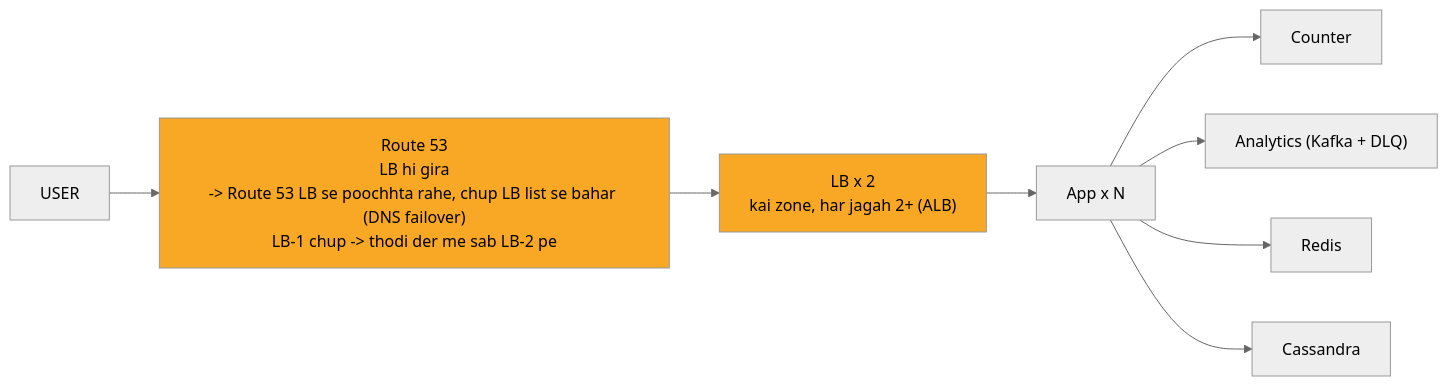
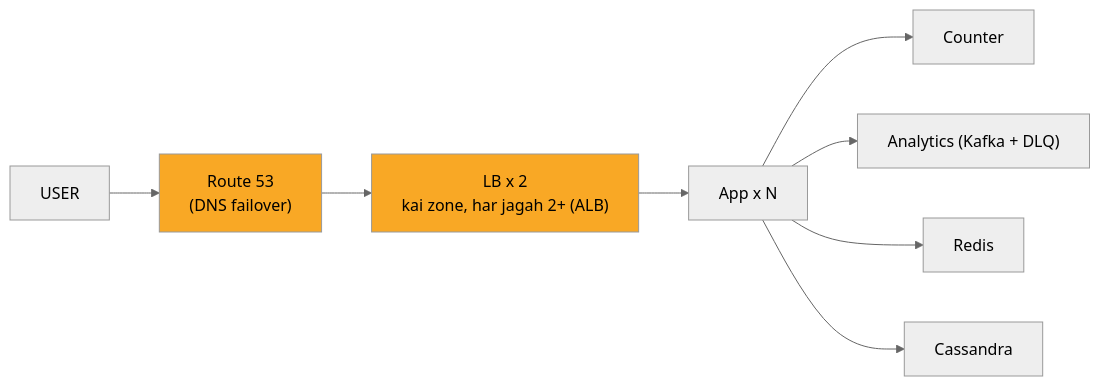
The diagram in 04_HLD/SYSTEM_DESIGNS/01_url_shortener/img/c7.mmd (ArpanMaheshwari144/Prep), drawn with Mermaid (neutral theme) before and after one commit. The commit also changed 29 other files, not shown here.

```diff
--- a/04_HLD/SYSTEM_DESIGNS/01_url_shortener/img/c7.mmd
+++ b/04_HLD/SYSTEM_DESIGNS/01_url_shortener/img/c7.mmd
@@ -1,19 +1,19 @@
 %%{init: {"flowchart": {"wrappingWidth": 450}}}%%
 flowchart LR
     n_USER["USER"]
-    n_Route_53["Route 53<br/>LB hi gira<br/>-> Route 53 LB se poochhta rahe, chup LB list se bahar (DNS failover)<br/>LB-1 chup -> thodi der me sab LB-2 pe"]
+    n_Route_53["Route 53<br/>(DNS failover)"]
     n_LB_xN["LB x 2<br/>kai zone, har jagah 2+ (ALB)"]
     n_App_xN["App x N"]
     n_Counter["Counter"]
     n_ANA["Analytics (Kafka + DLQ)"]
     n_Redis["Redis"]
     n_Cassandra["Cassandra"]
     n_USER --> n_Route_53
     n_Route_53 --> n_LB_xN
     n_LB_xN --> n_App_xN
     n_App_xN --> n_Counter
     n_App_xN --> n_ANA
     n_App_xN --> n_Redis
     n_App_xN --> n_Cassandra
     style n_Route_53 fill:#f9a825,color:#000
     style n_LB_xN fill:#f9a825,color:#000
```
